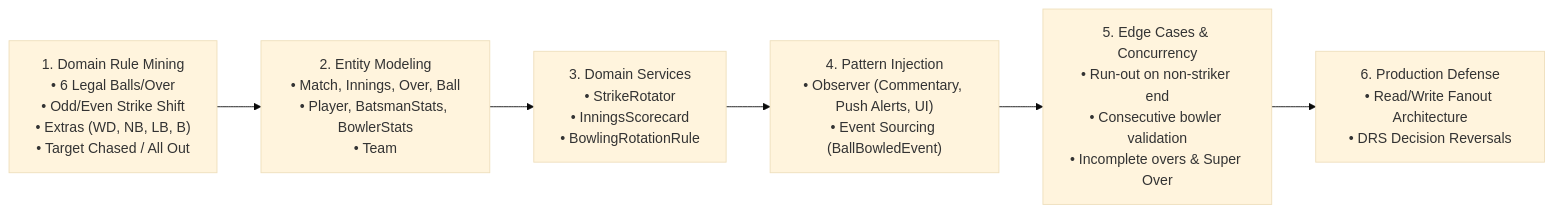
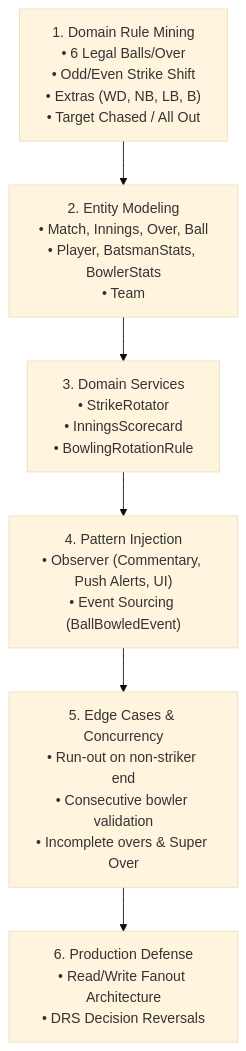
Before and after one commit to dip4k/DSA_102: the first of 2 diagrams in LLD/02_Tier2_Classic_LLD/24_Cricbuzz_Cricket_Scoreboard.md, drawn with Mermaid (base theme). The commit also changed 191 other files, not shown here.

````diff
--- a/LLD/02_Tier2_Classic_LLD/24_Cricbuzz_Cricket_Scoreboard.md
+++ b/LLD/02_Tier2_Classic_LLD/24_Cricbuzz_Cricket_Scoreboard.md
@@ -23,8 +23,8 @@
 ```mermaid
-flowchart LR
-    A["1. Domain Rule Mining\n• 6 Legal Balls/Over\n• Odd/Even Strike Shift\n• Extras (WD, NB, LB, B)\n• Target Chased / All Out"] --> B["2. Entity Modeling\n• Match, Innings, Over, Ball\n• Player, BatsmanStats, BowlerStats\n• Team"]
-    B --> C["3. Domain Services\n• StrikeRotator\n• InningsScorecard\n• BowlingRotationRule"]
-    C --> D["4. Pattern Injection\n• Observer (Commentary, Push Alerts, UI)\n• Event Sourcing (BallBowledEvent)"]
-    D --> E["5. Edge Cases & Concurrency\n• Run-out on non-striker end\n• Consecutive bowler validation\n• Incomplete overs & Super Over"]
-    E --> F["6. Production Defense\n• Read/Write Fanout Architecture\n• DRS Decision Reversals"]
+flowchart TD
+    A["1. Domain Rule Mining<br/>• 6 Legal Balls/Over<br/>• Odd/Even Strike Shift<br/>• Extras (WD, NB, LB, B)<br/>• Target Chased / All Out"] --> B["2. Entity Modeling<br/>• Match, Innings, Over, Ball<br/>• Player, BatsmanStats, BowlerStats<br/>• Team"]
+    B --> C["3. Domain Services<br/>• StrikeRotator<br/>• InningsScorecard<br/>• BowlingRotationRule"]
+    C --> D["4. Pattern Injection<br/>• Observer (Commentary, Push Alerts, UI)<br/>• Event Sourcing (BallBowledEvent)"]
+    D --> E["5. Edge Cases & Concurrency<br/>• Run-out on non-striker end<br/>• Consecutive bowler validation<br/>• Incomplete overs & Super Over"]
+    E --> F["6. Production Defense<br/>• Read/Write Fanout Architecture<br/>• DRS Decision Reversals"]
 ```
````
